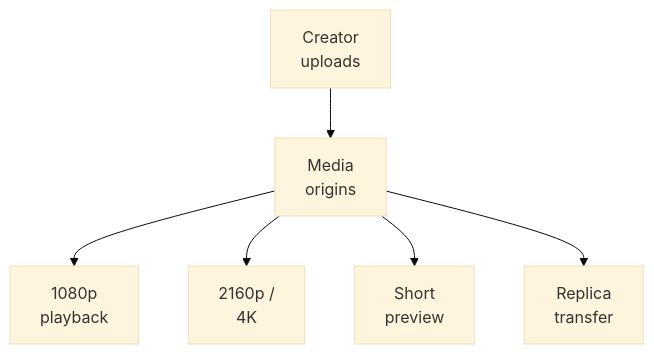
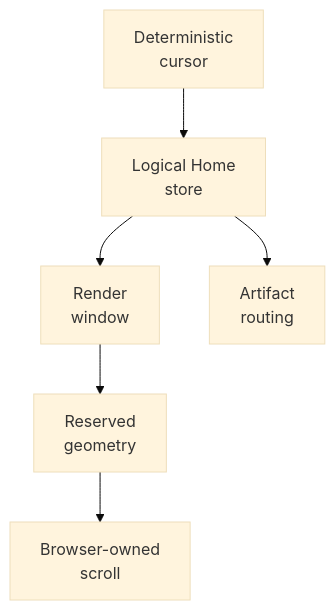
Before and after one commit to wilderruiz/millenova-project: the sixth of 6 diagrams in docs/PLATFORM_ARCHITECTURE.md, drawn with Mermaid (base theme). The commit also changed other lines of this file, not shown here.

Commit message:
docs: correct platform architecture for Home, Stage families, and audio genome

````diff
--- a/docs/PLATFORM_ARCHITECTURE.md
+++ b/docs/PLATFORM_ARCHITECTURE.md
@@ -224,8 +220,8 @@
 ```mermaid
 flowchart TD
-    UP["Creator<br/>uploads"] --> ORIGINS["Media<br/>origins"]
-    ORIGINS --> HD["1080p<br/>playback"]
-    ORIGINS --> UHD["2160p /<br/>4K"]
-    ORIGINS --> PREVIEW["Short<br/>preview"]
-    ORIGINS --> REPL["Replica<br/>transfer"]
+    CURSOR["Deterministic<br/>cursor"] --> STORE["Logical Home<br/>store"]
+    STORE --> WINDOW["Render<br/>window"]
+    WINDOW --> GEOM["Reserved<br/>geometry"]
+    GEOM --> NATIVE["Browser-owned<br/>scroll"]
+    STORE --> ROUTE["Artifact<br/>routing"]
 ```
````
